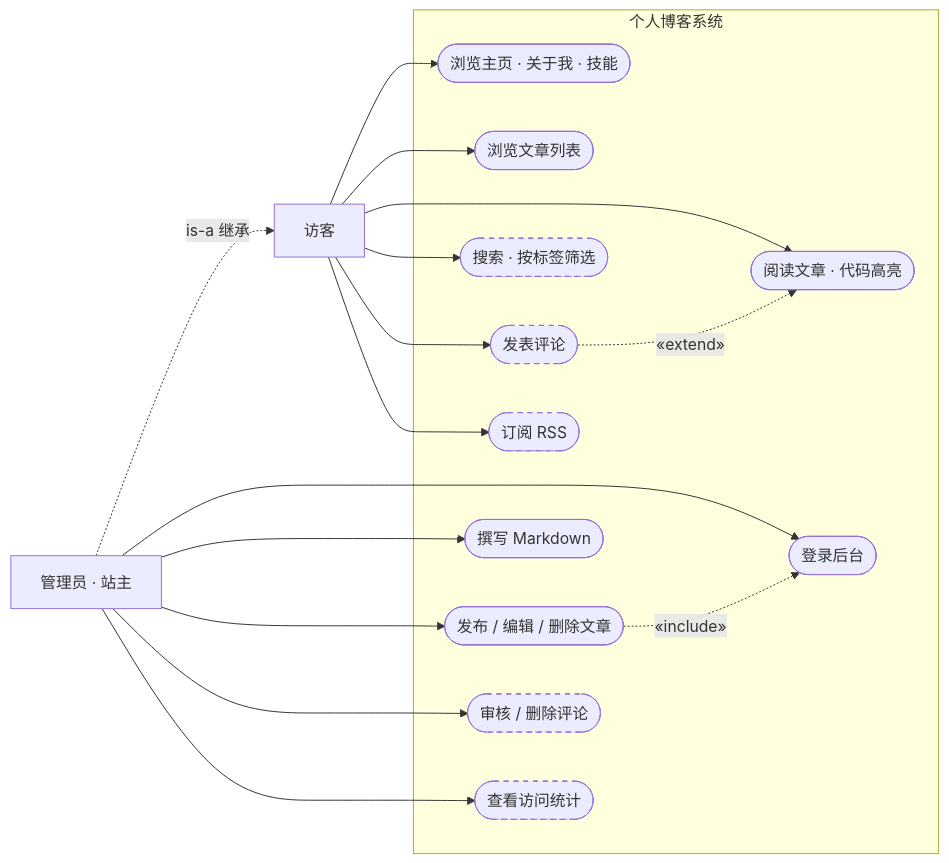
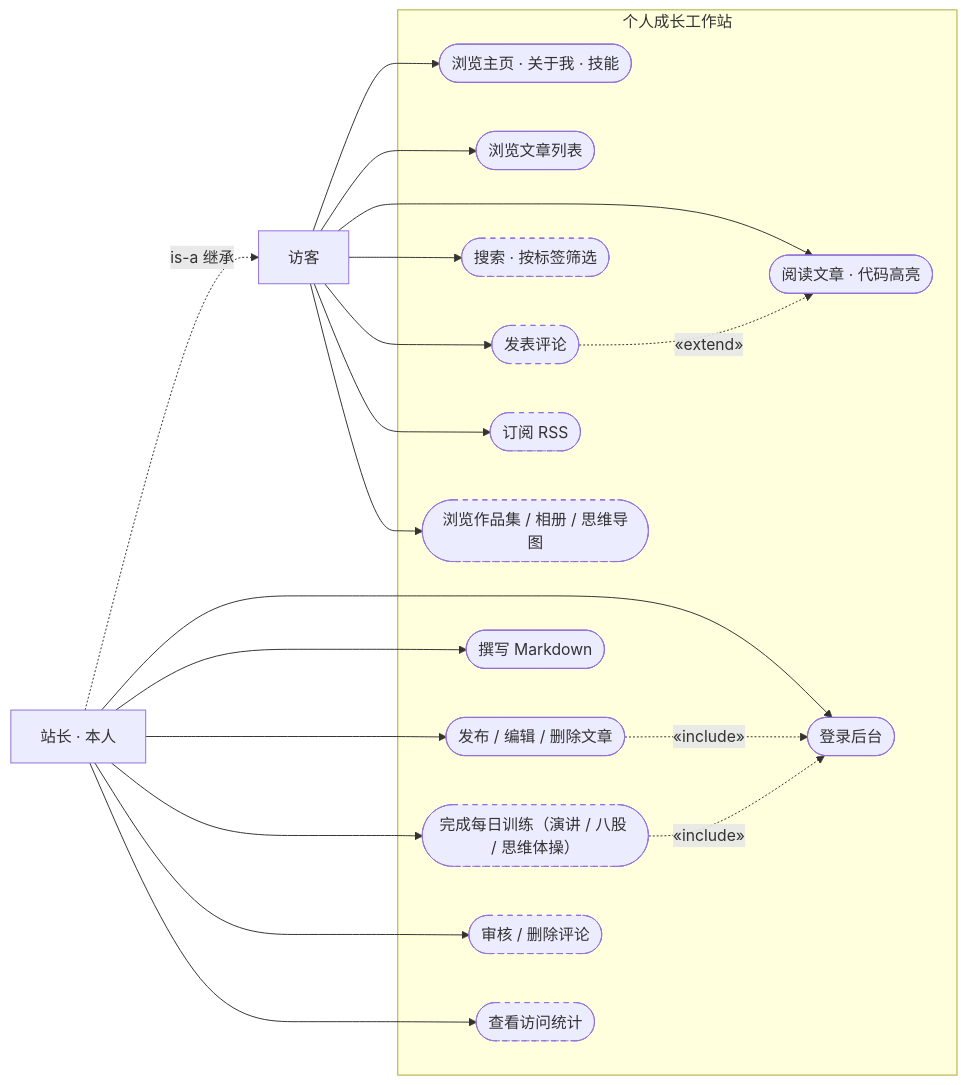
Before and after one commit to cy2414693598/my-website: the first of 3 diagrams in docs/REQUIREMENTS.md, drawn with Mermaid. The commit also changed other lines of this file, not shown here.

Commit message:
docs: 用例图 v1.1 更新（工作站更名/每日训练/作品集用例），新增训练营引擎流程图 9.1

````diff
--- a/docs/REQUIREMENTS.md
+++ b/docs/REQUIREMENTS.md
@@ -38,32 +38,36 @@
 ```mermaid
 flowchart LR
     Visitor["访客"]
-    Admin["管理员 · 站主"]
+    Owner["站长 · 本人"]
 
-    Admin -.->|"is-a 继承"| Visitor
+    Owner -.->|"is-a 继承"| Visitor
 
-    subgraph Blog["个人博客系统"]
+    subgraph Site["个人成长工作站"]
         UC1(["浏览主页 · 关于我 · 技能"])
         UC2(["浏览文章列表"])
         UC3(["阅读文章 · 代码高亮"])
         UC4(["搜索 · 按标签筛选"])
         UC5(["发表评论"])
         UC9(["订阅 RSS"])
+        UC12(["浏览作品集 / 相册 / 思维导图"])
         UC6(["登录后台"])
         UC7(["撰写 Markdown"])
         UC8(["发布 / 编辑 / 删除文章"])
         UC10(["审核 / 删除评论"])
         UC11(["查看访问统计"])
+        UC13(["完成每日训练（演讲 / 八股 / 思维体操）"])
     end
 
     classDef v2 stroke-dasharray: 5 5
-    class UC4,UC5,UC9,UC10,UC11 v2
+    class UC4,UC5,UC9,UC10,UC11,UC12,UC13 v2
 
     Visitor --> UC1 & UC2 & UC3
-    Visitor --> UC4 & UC5 & UC9
-    Admin --> UC6 & UC7 & UC8
-    Admin --> UC10 & UC11
+    Visitor --> UC4 & UC5 & UC9 & UC12
+    Owner --> UC6 & UC7 & UC8
+    Owner --> UC13
+    Owner --> UC10 & UC11
 
     UC8 -.->|«include»| UC6
+    UC13 -.->|«include»| UC6
     UC5 -.->|«extend»| UC3
 ```
````
